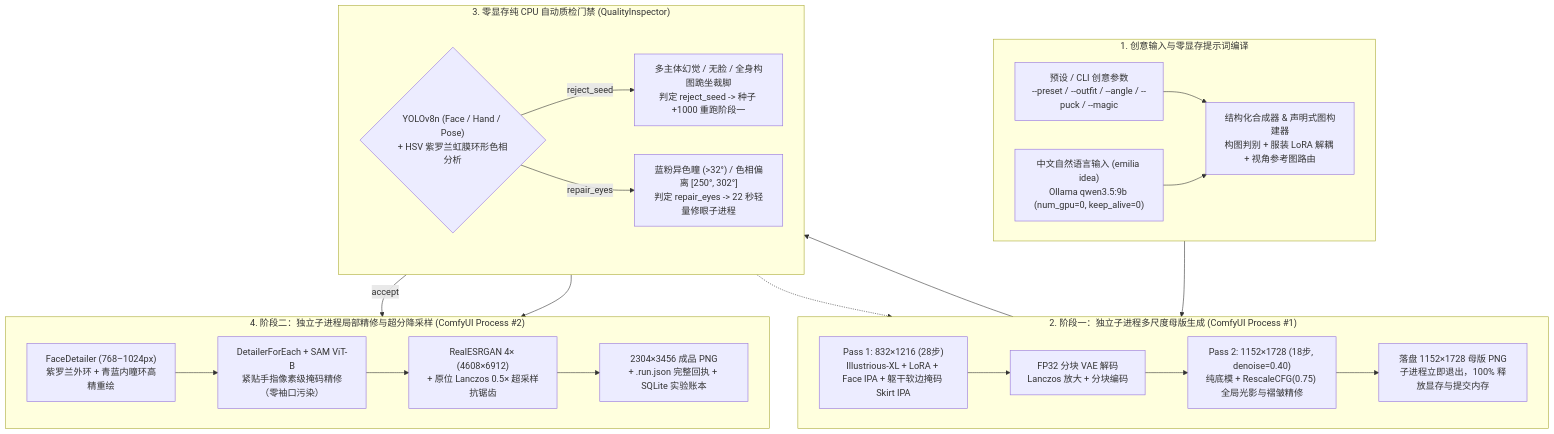
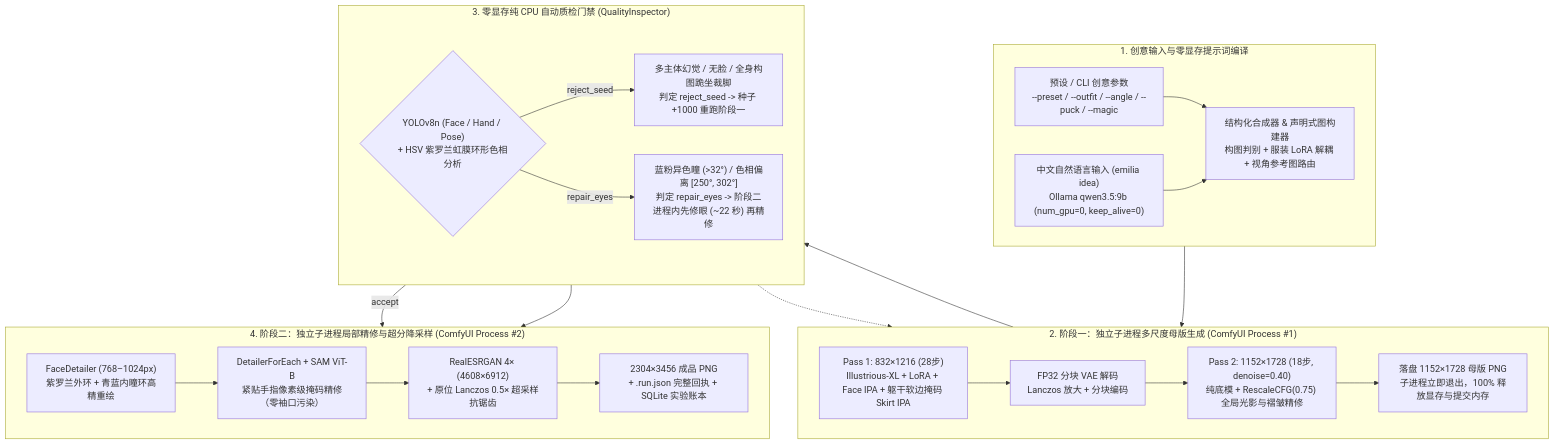
Before and after one commit to just1cez/emilia_studio: the first of 2 diagrams in README.md, drawn with Mermaid. The commit also changed other lines of this file and 4 other files, not shown here.

````diff
--- a/README.md
+++ b/README.md
@@ -25,43 +25,43 @@
 ```mermaid
 flowchart TB
     subgraph L1["1. 创意输入与零显存提示词编译"]
         direction LR
         IN1["预设 / CLI 创意参数<br/>--preset / --outfit / --angle / --puck / --magic"]
         IN2["中文自然语言输入 (emilia idea)<br/>Ollama qwen3.5:9b (num_gpu=0, keep_alive=0)"]
         COMP["结构化合成器 & 声明式图构建器<br/>构图判别 + 服装 LoRA 解耦 + 视角参考图路由"]
         IN1 & IN2 --> COMP
     end
 
     subgraph L2["2. 阶段一：独立子进程多尺度母版生成 (ComfyUI Process #1)"]
         direction LR
         P1["Pass 1: 832×1216 (28步)<br/>Illustrious-XL + LoRA + Face IPA + 躯干软边掩码 Skirt IPA"]
         BR["FP32 分块 VAE 解码<br/>Lanczos 放大 + 分块编码"]
         P2["Pass 2: 1152×1728 (18步, denoise=0.40)<br/>纯底模 + RescaleCFG(0.75) 全局光影与褶皱精修"]
         EXIT1["落盘 1152×1728 母版 PNG<br/>子进程立即退出，100% 释放显存与提交内存"]
         P1 --> BR --> P2 --> EXIT1
     end
 
     subgraph L3["3. 零显存纯 CPU 自动质检门禁 (QualityInspector)"]
         direction LR
         GATE{"YOLOv8n (Face / Hand / Pose)<br/>+ HSV 紫罗兰虹膜环形色相分析"}
         REJ["多主体幻觉 / 无脸 / 全身构图跪坐裁脚<br/>判定 reject_seed -> 种子 +1000 重跑阶段一"]
-        EYE["蓝粉异色瞳 (>32°) / 色相偏离 [250°, 302°]<br/>判定 repair_eyes -> 22 秒轻量修眼子进程"]
+        EYE["蓝粉异色瞳 (>32°) / 色相偏离 [250°, 302°]<br/>判定 repair_eyes -> 阶段二进程内先修眼 (~22 秒) 再精修"]
         GATE -- "reject_seed" --> REJ
         GATE -- "repair_eyes" --> EYE
     end
 
     subgraph L4["4. 阶段二：独立子进程局部精修与超分降采样 (ComfyUI Process #2)"]
         direction LR
         FD["FaceDetailer (768–1024px)<br/>紫罗兰外环 + 青蓝内瞳环高精重绘"]
         HD["DetailerForEach + SAM ViT-B<br/>紧贴手指像素级掩码精修（零袖口污染）"]
         UP["RealESRGAN 4× (4608×6912)<br/>+ 原位 Lanczos 0.5× 超采样抗锯齿"]
         OUT["2304×3456 成品 PNG<br/>+ .run.json 完整回执 + SQLite 实验账本"]
         FD --> HD --> UP --> OUT
     end
 
     COMP --> P1
     EXIT1 --> GATE
     REJ -.-> P1
     GATE -- "accept" --> FD
     EYE --> FD
 ```
````
